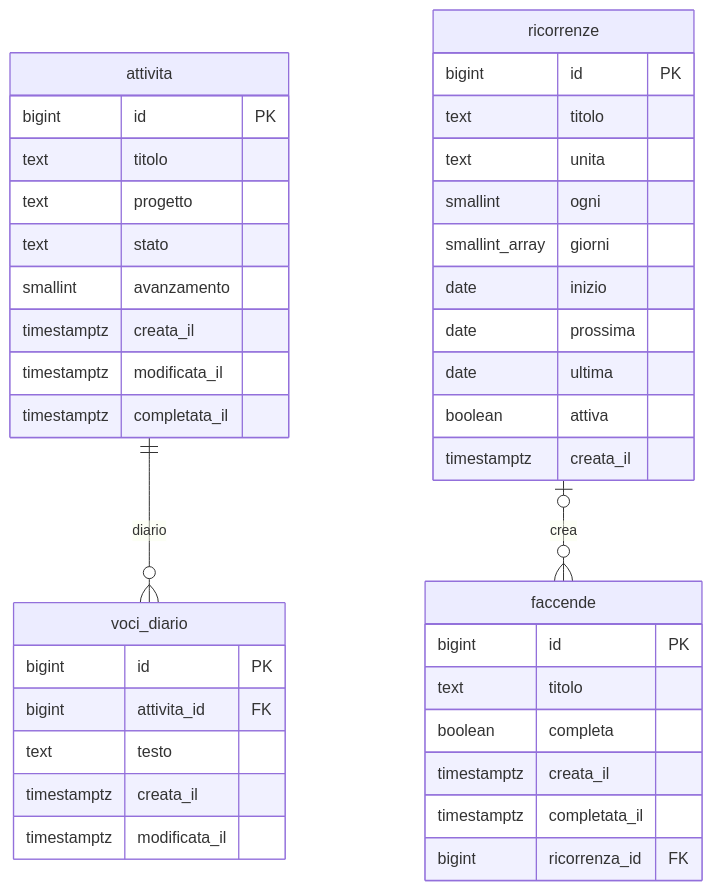
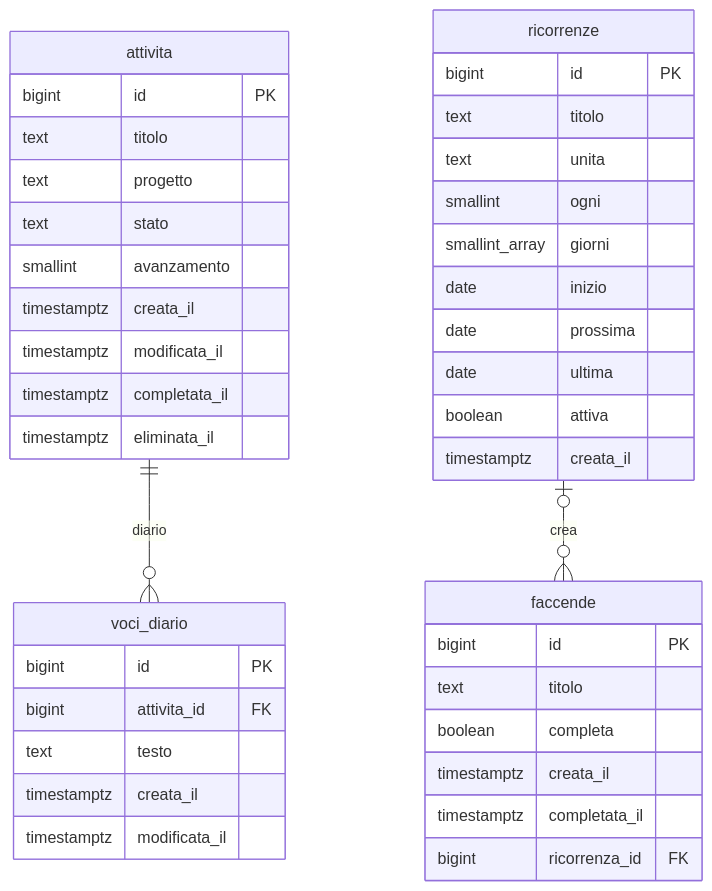
Before and after one commit to GiacomoGuaresi/Projects: the diagram in doc/04-modello-dati.md, drawn with Mermaid. The commit also changed other lines of this file and 16 other files, not shown here.

````diff
--- a/doc/04-modello-dati.md
+++ b/doc/04-modello-dati.md
@@ -7,42 +7,43 @@
 ```mermaid
 erDiagram
   attivita ||--o{ voci_diario : "diario"
   ricorrenze |o--o{ faccende : "crea"
   ricorrenze {
     bigint id PK
     text titolo
     text unita
     smallint ogni
     smallint_array giorni
     date inizio
     date prossima
     date ultima
     boolean attiva
     timestamptz creata_il
   }
   faccende {
     bigint id PK
     text titolo
     boolean completa
     timestamptz creata_il
     timestamptz completata_il
     bigint ricorrenza_id FK
   }
   attivita {
     bigint id PK
     text titolo
     text progetto
     text stato
     smallint avanzamento
     timestamptz creata_il
     timestamptz modificata_il
     timestamptz completata_il
+    timestamptz eliminata_il
   }
   voci_diario {
     bigint id PK
     bigint attivita_id FK
     text testo
     timestamptz creata_il
     timestamptz modificata_il
   }
 ```
````
